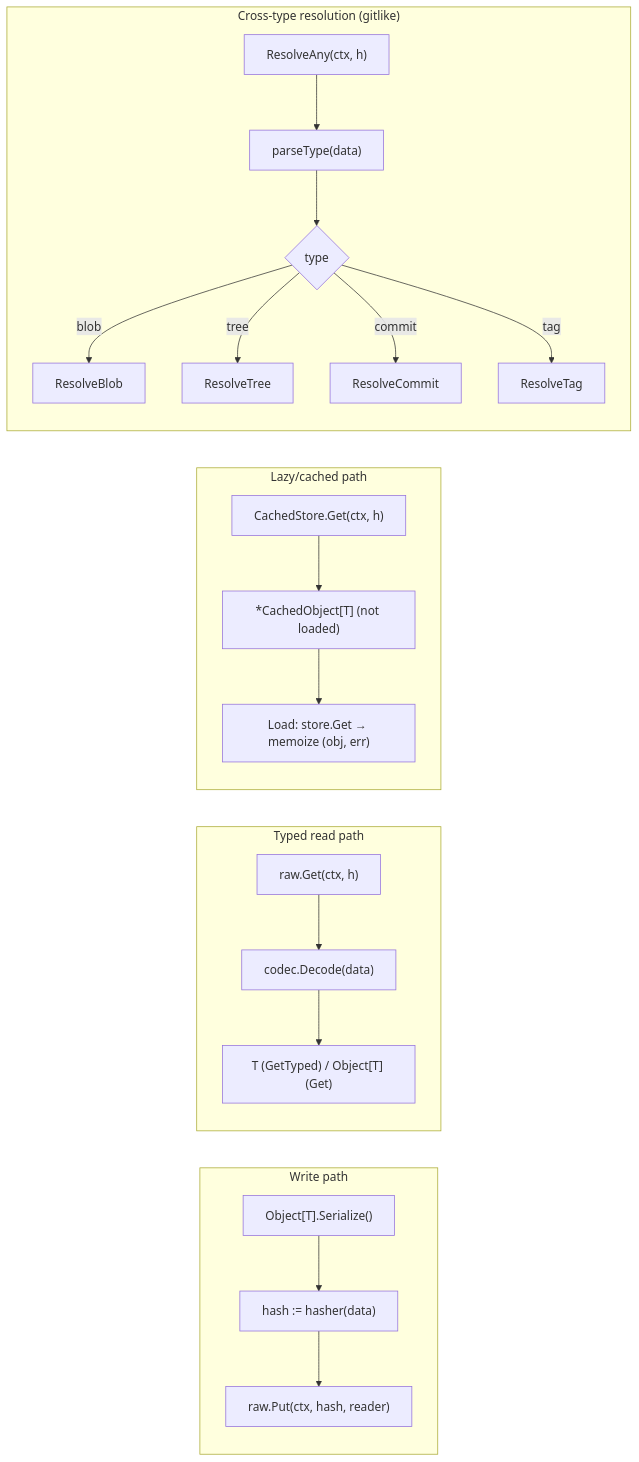
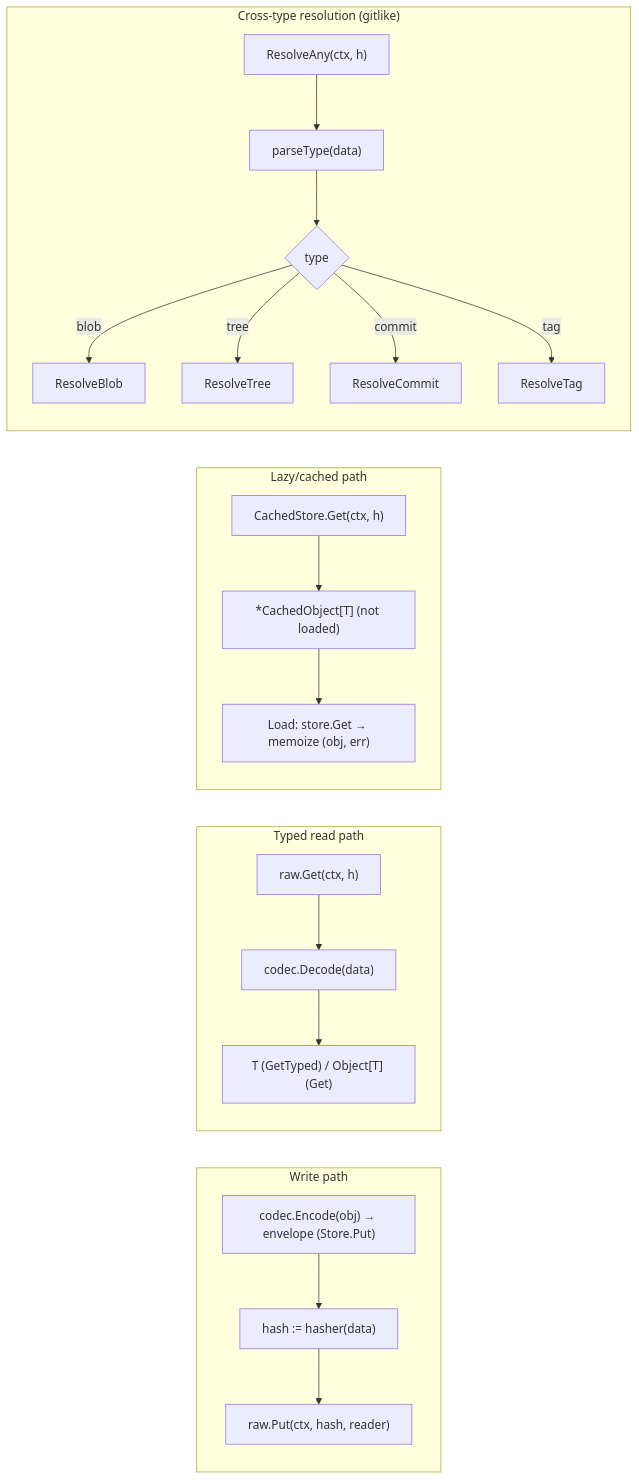
The fifth of 5 diagrams in .github/instructions/cas-core.instructions.md (dmundt/go-cask), drawn with Mermaid before and after one commit. The commit also changed other lines of this file and 5 other files, not shown here.

````diff
--- a/.github/instructions/cas-core.instructions.md
+++ b/.github/instructions/cas-core.instructions.md
@@ -711,20 +710,20 @@
 ```mermaid
 flowchart LR
     subgraph WRITE["Write path"]
-        A1["Object[T].Serialize()"] --> A2["hash := hasher(data)"] --> A3["raw.Put(ctx, hash, reader)"]
+        A1["codec.Encode(obj) → envelope (Store.Put)"] --> A2["hash := hasher(data)"] --> A3["raw.Put(ctx, hash, reader)"]
     end
     subgraph READ["Typed read path"]
         B1["raw.Get(ctx, h)"] --> B2["codec.Decode(data)"] --> B3["T (GetTyped) / Object[T] (Get)"]
     end
     subgraph LAZY["Lazy/cached path"]
         C1["CachedStore.Get(ctx, h)"] --> C2["*CachedObject[T] (not loaded)"]
         C2 --> C3["Load: store.Get → memoize (obj, err)"]
     end
     subgraph RESOLVE["Cross-type resolution (gitlike)"]
         D1["ResolveAny(ctx, h)"] --> D2["parseType(data)"] --> D3{"type"}
         D3 -->|"blob"| D4["ResolveBlob"]
         D3 -->|"tree"| D5["ResolveTree"]
         D3 -->|"commit"| D6["ResolveCommit"]
         D3 -->|"tag"| D7["ResolveTag"]
     end
 ```
````
